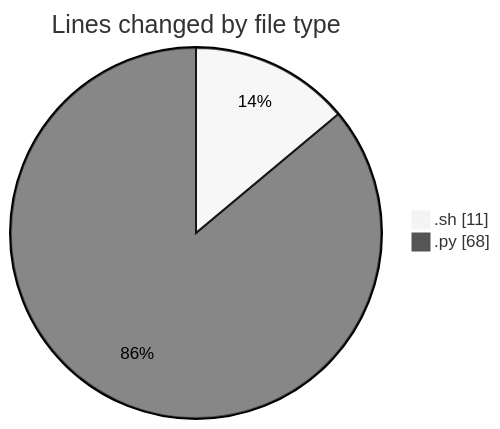
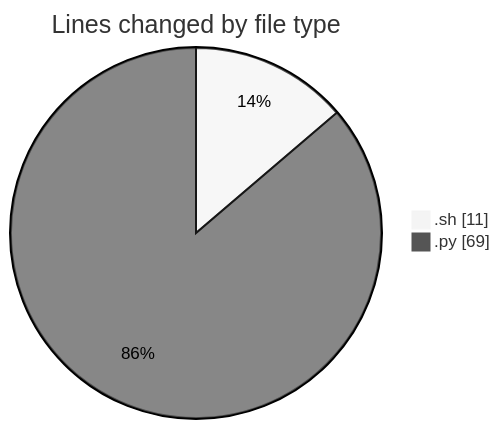
One commit to momahboobian/code-tracking changed the first of 2 diagrams in 2025-01-25/samplepdf/README.md. Above: the diagram before and after it, drawn with Mermaid (neutral theme). The commit also changed other lines of this file and 1 other file, not shown here.

````diff
--- a/2025-01-25/samplepdf/README.md
+++ b/2025-01-25/samplepdf/README.md
@@ -21,6 +21,6 @@
 ```mermaid
 pie showData
 title Lines changed by file type
 ".sh" : 11
-".py" : 68
+".py" : 69
 ```
````
